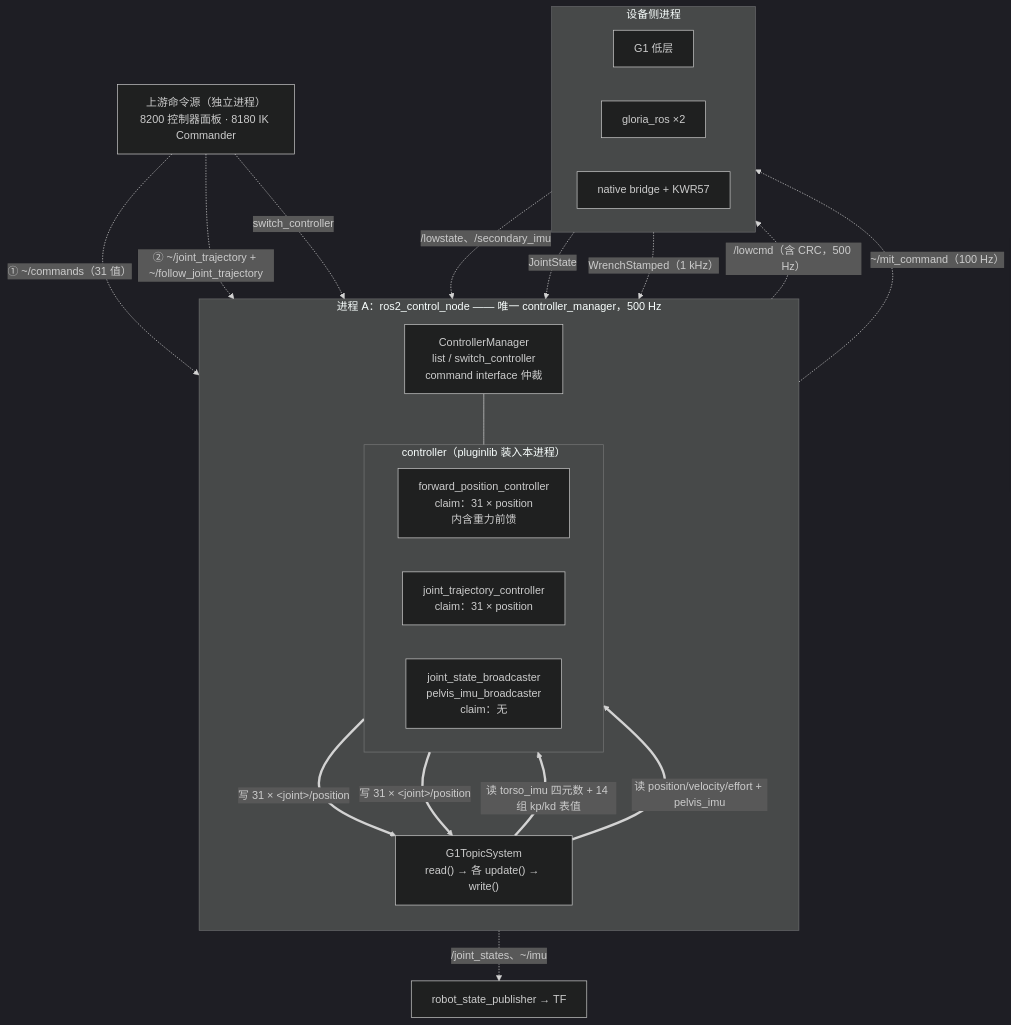
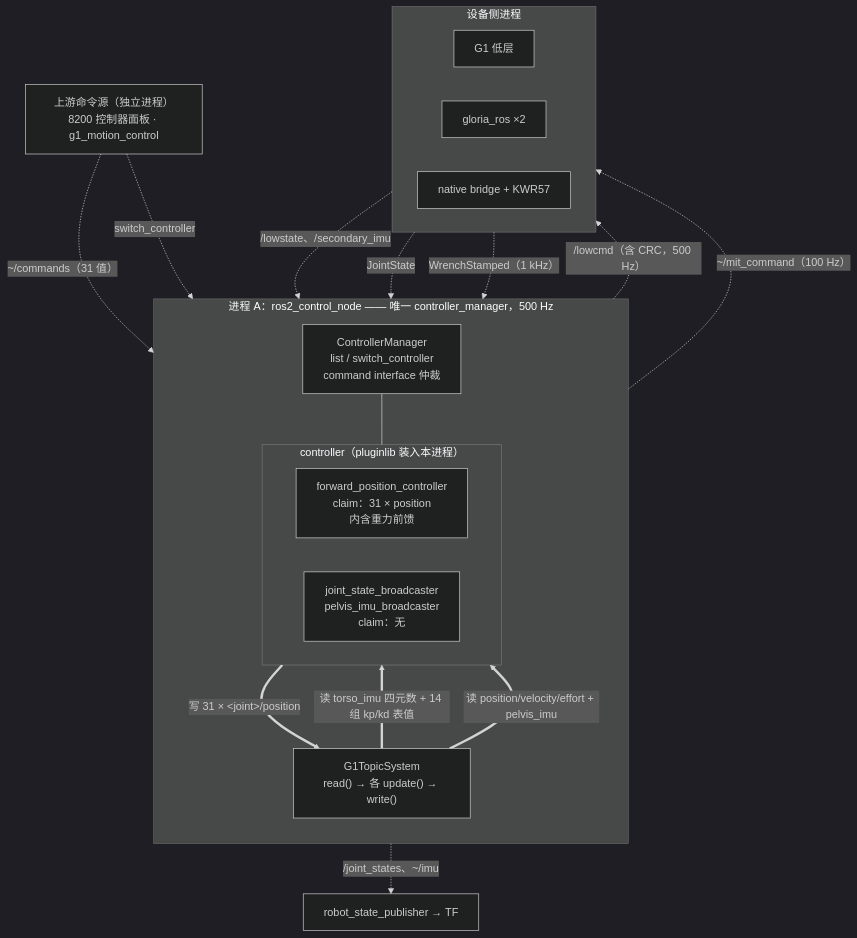
The first of 2 diagrams in src/unitree_g1_ros2_control/README.md (yizhongzhang1989/Unitree_G1_Workspace), drawn with Mermaid (dark theme) before and after one commit. The commit also changed other lines of this file and 175 other files, not shown here.

````diff
--- a/src/unitree_g1_ros2_control/README.md
+++ b/src/unitree_g1_ros2_control/README.md
@@ -34,42 +33,39 @@
 ```mermaid
 flowchart TB
-  UP["上游命令源（独立进程）<br/>8200 控制器面板 · 8180 IK Commander"]
+  UP["上游命令源（独立进程）<br/>8200 控制器面板 · g1_motion_control"]
 
   subgraph P1["进程 A：ros2_control_node —— 唯一 controller_manager，500 Hz"]
     direction TB
     CM["ControllerManager<br/>list / switch_controller<br/>command interface 仲裁"]
     subgraph CTRL["controller（pluginlib 装入本进程）"]
       direction LR
       FPC["forward_position_controller<br/>claim：31 × position<br/>内含重力前馈"]
-      JTC["joint_trajectory_controller<br/>claim：31 × position"]
       BC["joint_state_broadcaster<br/>pelvis_imu_broadcaster<br/>claim：无"]
     end
     HW["G1TopicSystem<br/>read() → 各 update() → write()"]
   end
 
   subgraph DEV["设备侧进程"]
     direction LR
     G1["G1 低层"]
     GLO["gloria_ros ×2"]
     BRG["native bridge + KWR57"]
   end
 
   RSP["robot_state_publisher → TF"]
 
-  UP -. "① ~/commands（31 值）" .-> FPC
-  UP -. "② ~/joint_trajectory + ~/follow_joint_trajectory" .-> JTC
+  UP -. "~/commands（31 值）" .-> FPC
   UP -. "switch_controller" .-> CM
   CM --- CTRL
 
   FPC ==> |"写 31 × &lt;joint&gt;/position"| HW
-  JTC ==> |"写 31 × &lt;joint&gt;/position"| HW
   HW ==> |"读 torso_imu 四元数 + 14 组 kp/kd 表值"| FPC
   HW ==> |"读 position/velocity/effort + pelvis_imu"| BC
 
   HW -. "/lowcmd（含 CRC，500 Hz）" .-> G1
   G1 -. "/lowstate、/secondary_imu" .-> HW
   HW -. "~/mit_command（100 Hz）" .-> GLO
   GLO -. "JointState" .-> HW
   BRG -. "WrenchStamped（1 kHz）" .-> HW
   BC -. "/joint_states、~/imu" .-> RSP
 ```
````
